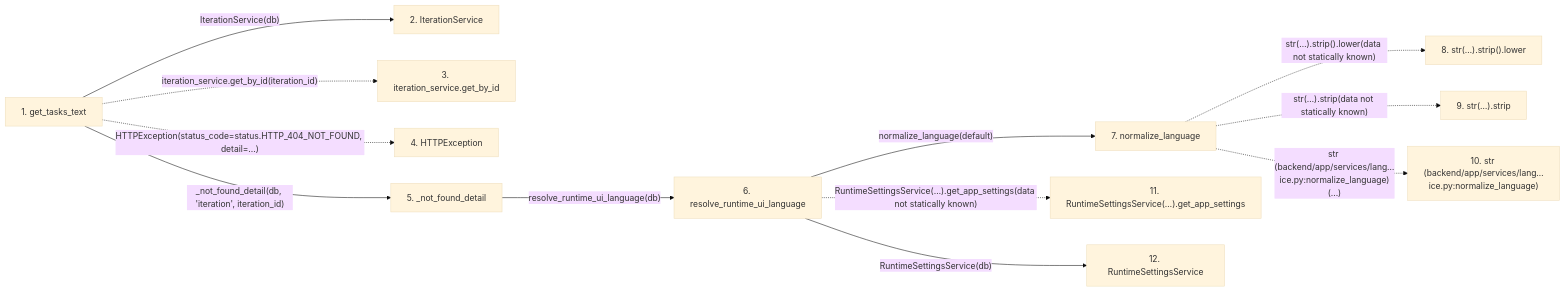
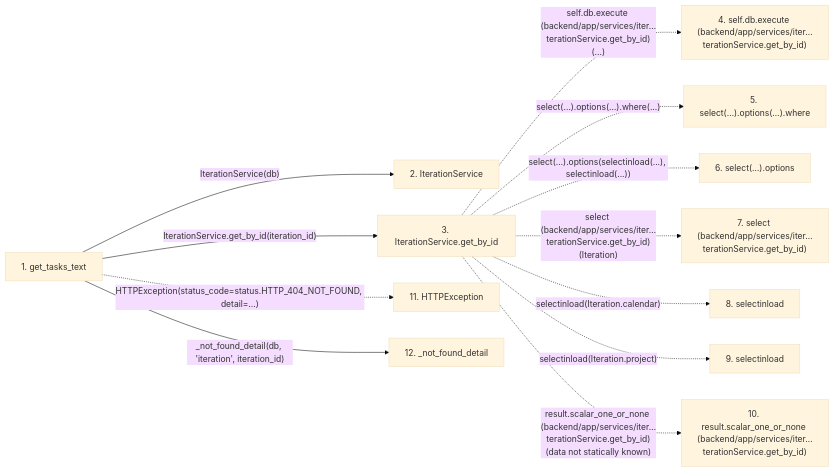
One commit to Denissvgn/WorkChord changed the second of 2 diagrams in docs/llm_wiki/flows/http-get_tasks_text.md. Above: the diagram before and after it, drawn with Mermaid (base theme). The commit also changed other lines of this file and 25171 other files, not shown here.

````diff
--- a/docs/llm_wiki/flows/http-get_tasks_text.md
+++ b/docs/llm_wiki/flows/http-get_tasks_text.md
@@ -80,32 +137,30 @@
 ```mermaid
 flowchart LR
     s1["1. get_tasks_text"]
     s2["2. IterationService"]
-    s3["3. iteration_service.get_by_id"]
-    s4["4. HTTPException"]
-    s5["5. _not_found_detail"]
-    s6["6. resolve_runtime_ui_language"]
-    s7["7. normalize_language"]
-    s8["8. str(…).strip().lower"]
-    s9["9. str(…).strip"]
-    s10["10. str (backend/app/services/lang…ice.py:normalize_language)"]
-    s11["11. RuntimeSettingsService(…).get_app_settings"]
-    s12["12. RuntimeSettingsService"]
+    s3["3. IterationService.get_by_id"]
+    s4["4. self.db.execute (backend/app/services/iter…terationService.get_by_id)"]
+    s5["5. select(…).options(…).where"]
+    s6["6. select(…).options"]
+    s7["7. select (backend/app/services/iter…terationService.get_by_id)"]
+    s8["8. selectinload"]
+    s9["9. selectinload"]
+    s10["10. result.scalar_one_or_none (backend/app/services/iter…terationService.get_by_id)"]
+    s11["11. HTTPException"]
+    s12["12. _not_found_detail"]
     s1 -->|"IterationService(db)"| s2
-    s1 -. "iteration_service.get_by_id(iteration_id)" .-> s3
-    s1 -. "HTTPException(status_code=status.HTTP_404_NOT_FOUND, detail=...)" .-> s4
-    s1 -->|"_not_found_detail(db, 'iteration', iteration_id)"| s5
-    s5 -->|"resolve_runtime_ui_language(db)"| s6
-    s6 -->|"normalize_language(default)"| s7
-    s7 -. "str(…).strip().lower(data not statically known)" .-> s8
-    s7 -. "str(…).strip(data not statically known)" .-> s9
-    s7 -. "str (backend/app/services/lang…ice.py:normalize_language)(...)" .-> s10
-    s6 -. "RuntimeSettingsService(…).get_app_settings(data not statically known)" .-> s11
-    s6 -->|"RuntimeSettingsService(db)"| s12
+    s1 -->|"IterationService.get_by_id(iteration_id)"| s3
+    s3 -. "self.db.execute (backend/app/services/iter…terationService.get_by_id)(...)" .-> s4
+    s3 -. "select(…).options(…).where(...)" .-> s5
+    s3 -. "select(…).options(selectinload(...), selectinload(...))" .-> s6
+    s3 -. "select (backend/app/services/iter…terationService.get_by_id)(Iteration)" .-> s7
+    s3 -. "selectinload(Iteration.calendar)" .-> s8
+    s3 -. "selectinload(Iteration.project)" .-> s9
+    s3 -. "result.scalar_one_or_none (backend/app/services/iter…terationService.get_by_id)(data not statically known)" .-> s10
+    s1 -. "HTTPException(status_code=status.HTTP_404_NOT_FOUND, detail=...)" .-> s11
+    s1 -->|"_not_found_detail(db, 'iteration', iteration_id)"| s12
     click s1 "../modules/tasks.md"
     click s2 "../modules/iteration_service.md"
-    click s5 "../modules/tasks.md"
-    click s6 "../modules/language_service.md"
-    click s7 "../modules/language_service.md"
-    click s12 "../modules/system_settings_service.md"
+    click s3 "../modules/iteration_service.md"
+    click s12 "../modules/tasks.md"
 ```
````
